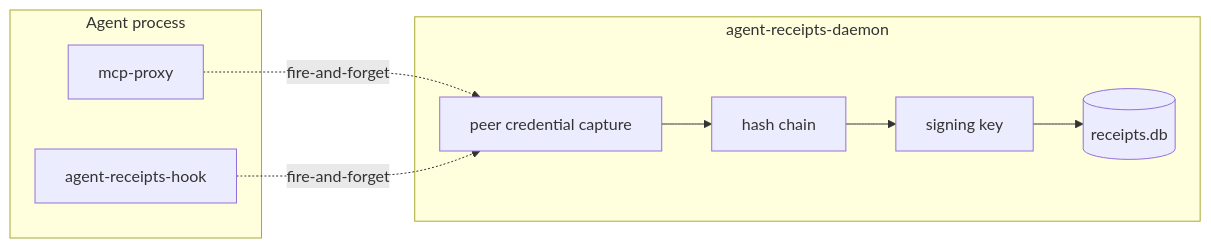
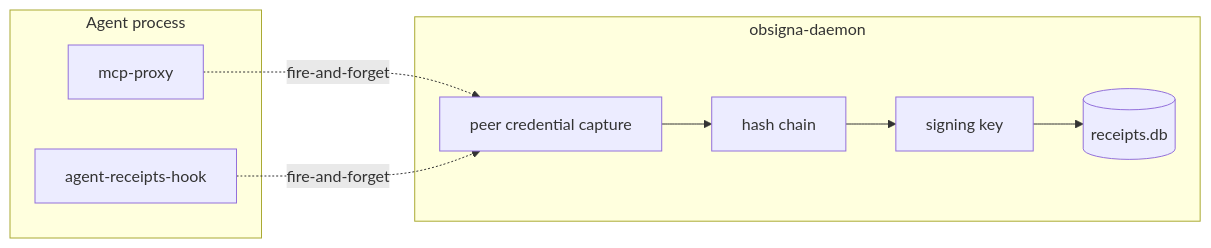
Before and after one commit to agent-receipts/ar: the diagram in site/src/content/docs/blog/daemon-process-separation.mdx, drawn with Mermaid. The commit also changed other lines of this file and 41 other files, not shown here.

````diff
--- a/site/src/content/docs/blog/daemon-process-separation.mdx
+++ b/site/src/content/docs/blog/daemon-process-separation.mdx
@@ -32,17 +32,17 @@
 ```mermaid
 graph LR
     subgraph agent["Agent process"]
         MP[mcp-proxy]
         Hook[agent-receipts-hook]
     end
-    subgraph daemon["agent-receipts-daemon"]
+    subgraph daemon["obsigna-daemon"]
         PC[peer credential capture]
         CH[hash chain]
         KS[signing key]
         DB[(receipts.db)]
     end
 
     MP-. fire-and-forget .->PC
     Hook-. fire-and-forget .->PC
     PC --> CH --> KS --> DB
 ```
````
